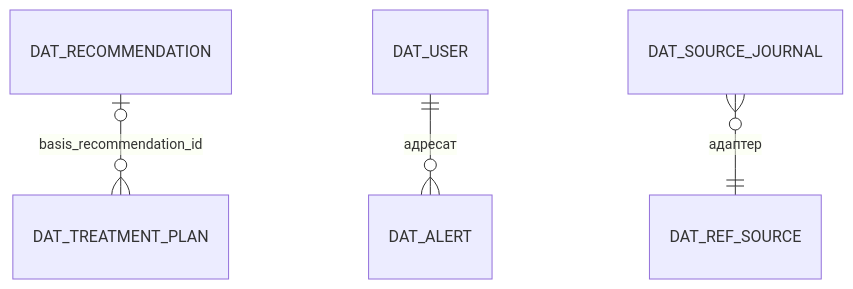
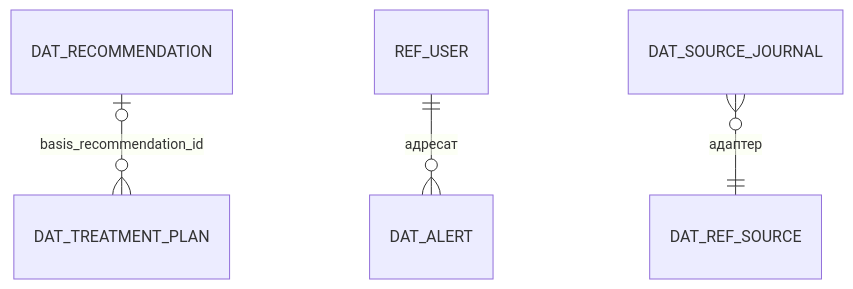
The third of 3 diagrams in docs/06-data-api.md (Trahomich/cda), drawn with Mermaid before and after one commit.

````diff
--- a/docs/06-data-api.md
+++ b/docs/06-data-api.md
@@ -61,6 +61,6 @@
 ```mermaid
 erDiagram
   DAT_RECOMMENDATION |o--o{ DAT_TREATMENT_PLAN : "basis_recommendation_id"
-  DAT_USER ||--o{ DAT_ALERT : "адресат"
+  REF_USER ||--o{ DAT_ALERT : "адресат"
   DAT_SOURCE_JOURNAL }o--|| DAT_REF_SOURCE : "адаптер"
 ```
````
